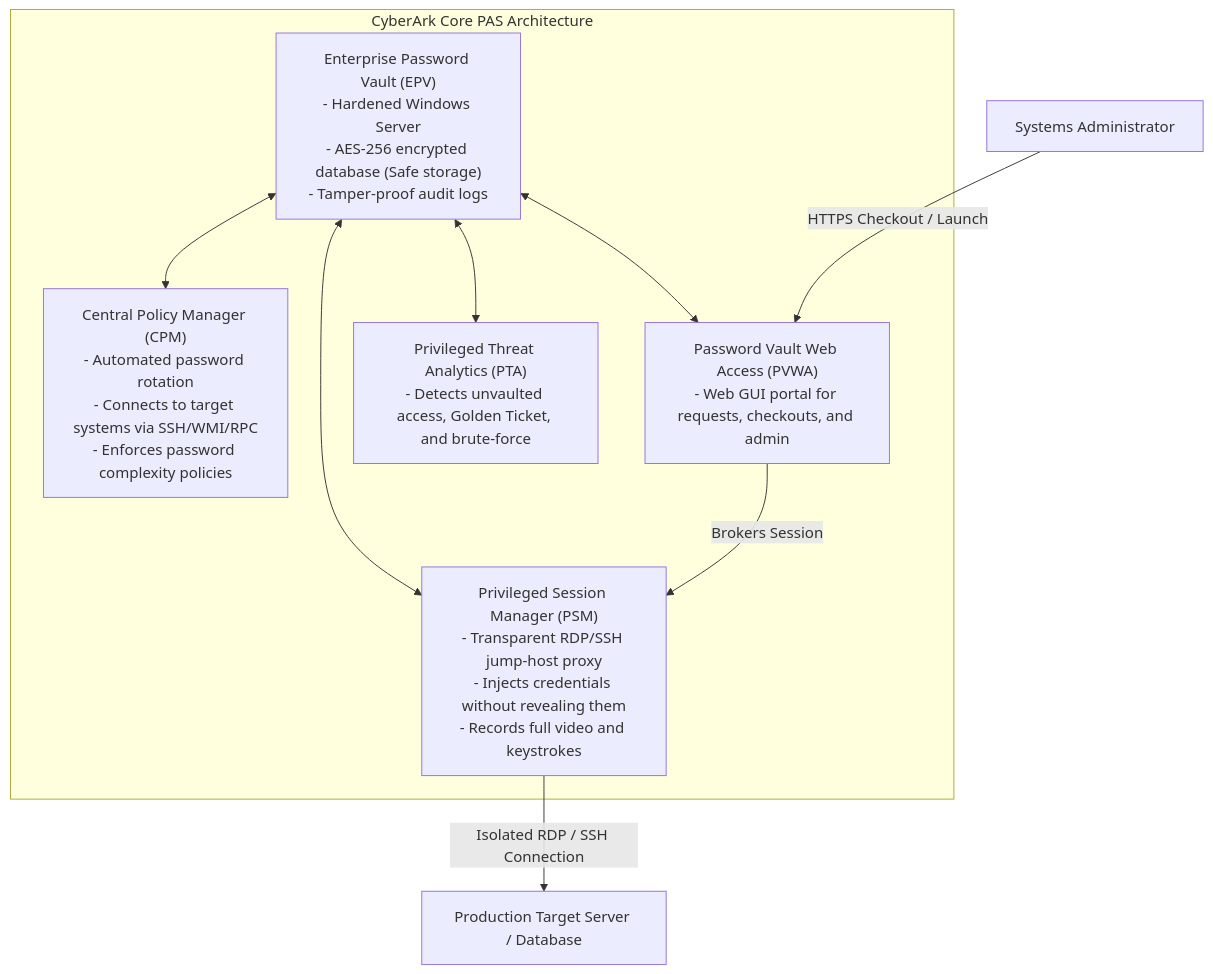
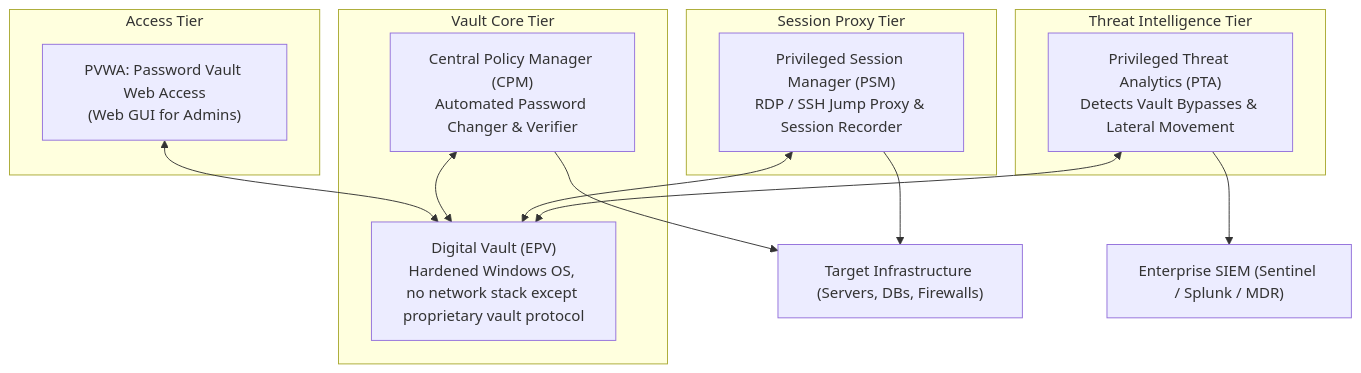
The second of 2 diagrams in IAM/04_Tools_and_Platforms/04_CyberArk_Privileged_Access_Security.md (varunks04/CBS-Roleplay), drawn with Mermaid before and after one commit. The commit also changed other lines of this file and 37 other files, not shown here.

````diff
--- a/IAM/04_Tools_and_Platforms/04_CyberArk_Privileged_Access_Security.md
+++ b/IAM/04_Tools_and_Platforms/04_CyberArk_Privileged_Access_Security.md
@@ -11,20 +62,27 @@
 ```mermaid
-graph TD
-    subgraph "CyberArk Core PAS Architecture"
-        EPV["Enterprise Password Vault (EPV)<br>- Hardened Windows Server<br>- AES-256 encrypted database (Safe storage)<br>- Tamper-proof audit logs"]
-        
-        CPM["Central Policy Manager (CPM)<br>- Automated password rotation<br>- Connects to target systems via SSH/WMI/RPC<br>- Enforces password complexity policies"]
-        
-        PVWA["Password Vault Web Access (PVWA)<br>- Web GUI portal for requests, checkouts, and admin"]
-        
-        PSM["Privileged Session Manager (PSM)<br>- Transparent RDP/SSH jump-host proxy<br>- Injects credentials without revealing them<br>- Records full video and keystrokes"]
-        
-        PTA["Privileged Threat Analytics (PTA)<br>- Detects unvaulted access, Golden Ticket, and brute-force"]
-        
-        EPV <--> CPM & PVWA & PSM & PTA
+flowchart TD
+    subgraph "Access Tier"
+        PVWA["PVWA: Password Vault Web Access<br/>(Web GUI for Admins)"]
     end
 
-    Admin["Systems Administrator"] -->|HTTPS Checkout / Launch| PVWA
-    PVWA -->|Brokers Session| PSM
-    PSM -->|Isolated RDP / SSH Connection| Target["Production Target Server / Database"]
+    subgraph "Vault Core Tier"
+        Vault["Digital Vault (EPV)<br/>Hardened Windows OS, no network stack except proprietary vault protocol"]
+        CPM["Central Policy Manager (CPM)<br/>Automated Password Changer & Verifier"]
+    end
+
+    subgraph "Session Proxy Tier"
+        PSM["Privileged Session Manager (PSM)<br/>RDP / SSH Jump Proxy & Session Recorder"]
+    end
+
+    subgraph "Threat Intelligence Tier"
+        PTA["Privileged Threat Analytics (PTA)<br/>Detects Vault Bypasses & Lateral Movement"]
+    end
+
+    PVWA <--> Vault
+    CPM <--> Vault
+    PSM <--> Vault
+    PTA <--> Vault
+    PSM --> Target["Target Infrastructure (Servers, DBs, Firewalls)"]
+    CPM --> Target
+    PTA --> SIEM["Enterprise SIEM (Sentinel / Splunk / MDR)"]
 ```
````
